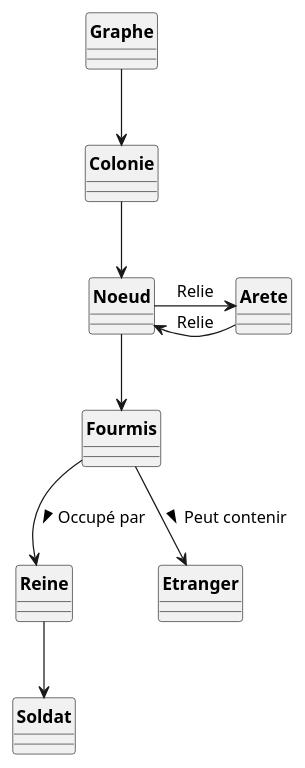
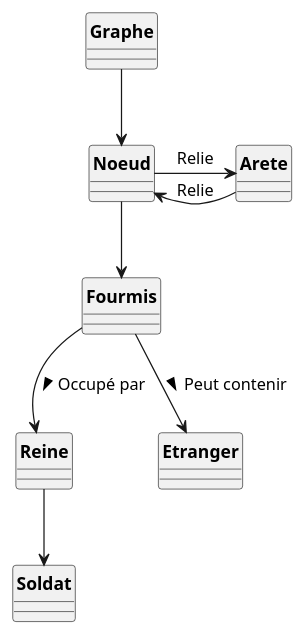
One commit to jvondermarck/ant-colony changed the diagram in A22/Version_1/Fourmis_DC_Analyse.puml. Above: the diagram before and after it, drawn with PlantUML. The commit also changed 1 other file, not shown here.

```diff
--- a/A22/Version_1/Fourmis_DC_Analyse.puml
+++ b/A22/Version_1/Fourmis_DC_Analyse.puml
@@ -1,31 +1,29 @@
 @startuml
 
 skinparam style strictuml
 skinparam classAttributeIconSize 0
 skinparam classFontStyle Bold
 hide enum methods
 
 class Graphe {}
-class Colonie {}
 class Arete {}
 class Fourmis {}
 
 class Reine {}
 
 class Soldat {}
 
 class Noeud{}
 class Etranger {}
 
 
-Graphe --> Colonie
-Colonie --> Noeud
+Graphe --> Noeud
 Noeud -> Arete : Relie
 Arete -> Noeud : Relie
 Noeud --> Fourmis
 Fourmis --> Reine : Occupé par >
 Fourmis --> Etranger : Peut contenir >
 Reine --> Soldat
 
 
 @enduml
```
